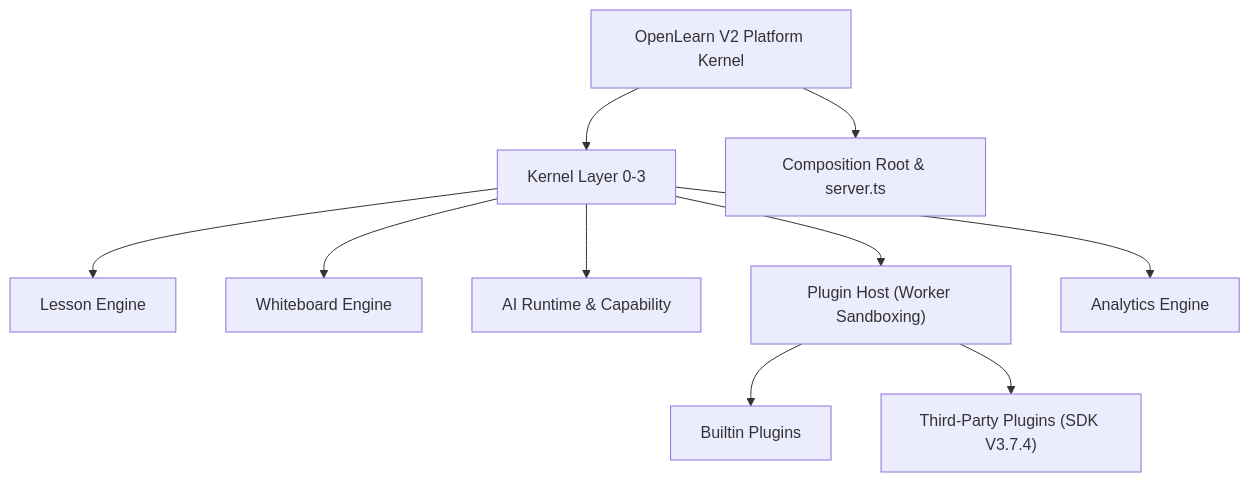
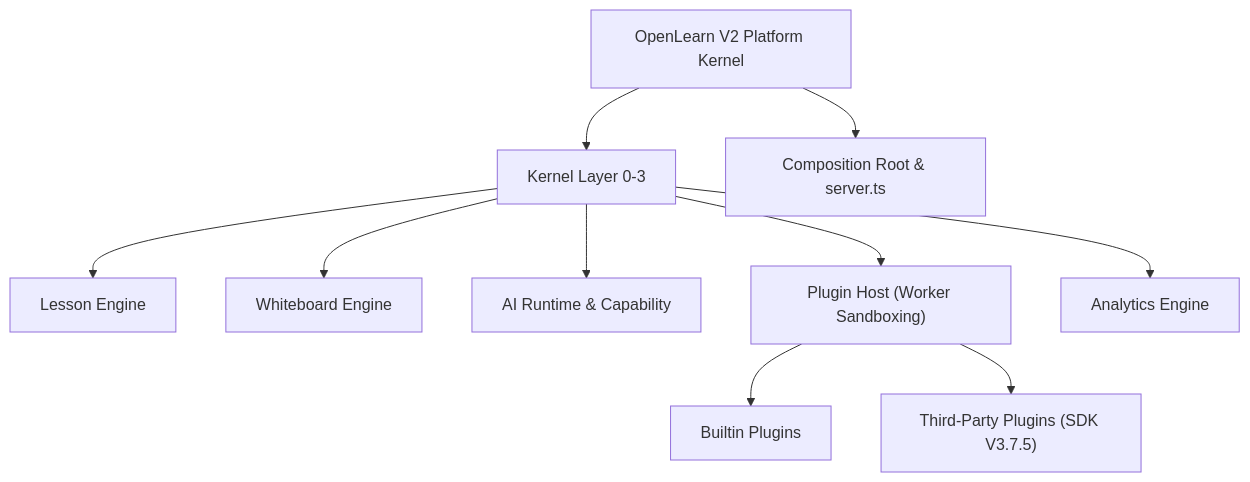
Before and after one commit to aymwoo/OpenLearn-Next-V2: the diagram in docs/getting-started/overview.md, drawn with Mermaid. The commit also changed 71 other files, not shown here.

````diff
--- a/docs/getting-started/overview.md
+++ b/docs/getting-started/overview.md
@@ -65,14 +65,14 @@
 ```mermaid
 graph TD
     A["OpenLearn V2 Platform Kernel"] --> B["Kernel Layer 0-3"]
     A --> C["Composition Root & server.ts"]
 
     B --> D["Lesson Engine"]
     B --> E["Whiteboard Engine"]
     B --> F["AI Runtime & Capability"]
     B --> G["Plugin Host (Worker Sandboxing)"]
     B --> H["Analytics Engine"]
 
     G --> I["Builtin Plugins"]
-    G --> J["Third-Party Plugins (SDK V3.7.4)"]
+    G --> J["Third-Party Plugins (SDK V3.7.5)"]
 ```
````
